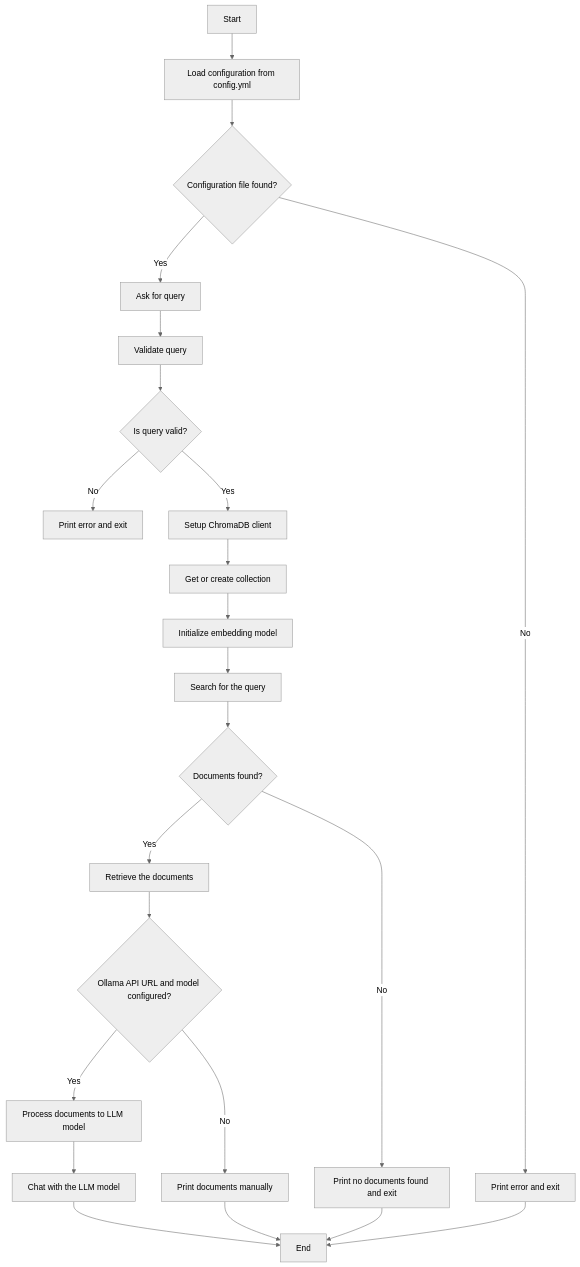
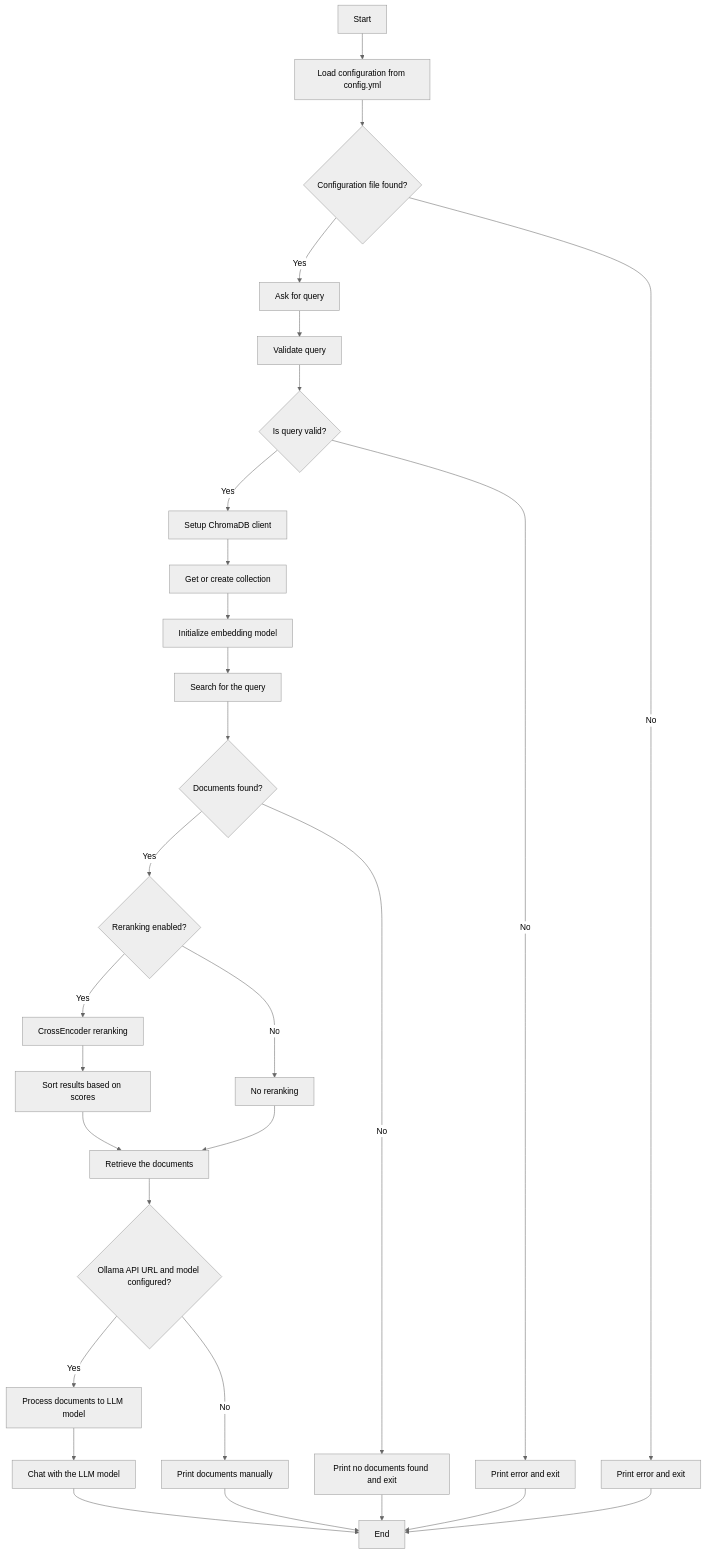
The diagram in docs/retrieve.md (bahirul/DeepRetrieve), drawn with Mermaid (neutral theme) before and after one commit. The commit also changed 7 other files, not shown here.

````diff
--- a/docs/retrieve.md
+++ b/docs/retrieve.md
@@ -5,25 +5,31 @@
 ```mermaid
 flowchart TD
     A[Start] --> B[Load configuration from config.yml]
     B --> C{Configuration file found?}
     C -->|No| D[Print error and exit]
     C -->|Yes| E[Ask for query]
     E --> F[Validate query]
     F --> G{Is query valid?}
     G -->|No| H[Print error and exit]
     G -->|Yes| I[Setup ChromaDB client]
     I --> J[Get or create collection]
     J --> K[Initialize embedding model]
     K --> L[Search for the query]
     L --> M{Documents found?}
     M -->|No| N[Print no documents found and exit]
-    M -->|Yes| O[Retrieve the documents]
-    O --> P{Ollama API URL and model configured?}
-    P -->|No| Q[Print documents manually]
-    P -->|Yes| R[Process documents to LLM model]
-    R --> S[Chat with the LLM model]
-    S --> T[End]
-    Q --> T
-    N --> T
-    D --> T
+    M -->|Yes| O{Reranking enabled?}
+    O -->|Yes| P[CrossEncoder reranking]
+    O -->|No| Q[No reranking]
+    P --> R[Sort results based on scores]
+    R --> S[Retrieve the documents]
+    Q --> S
+    S --> T{Ollama API URL and model configured?}
+    T -->|No| U[Print documents manually]
+    T -->|Yes| V[Process documents to LLM model]
+    V --> W[Chat with the LLM model]
+    W --> X[End]
+    U --> X
+    N --> X
+    H --> X
+    D --> X
 ```
````
